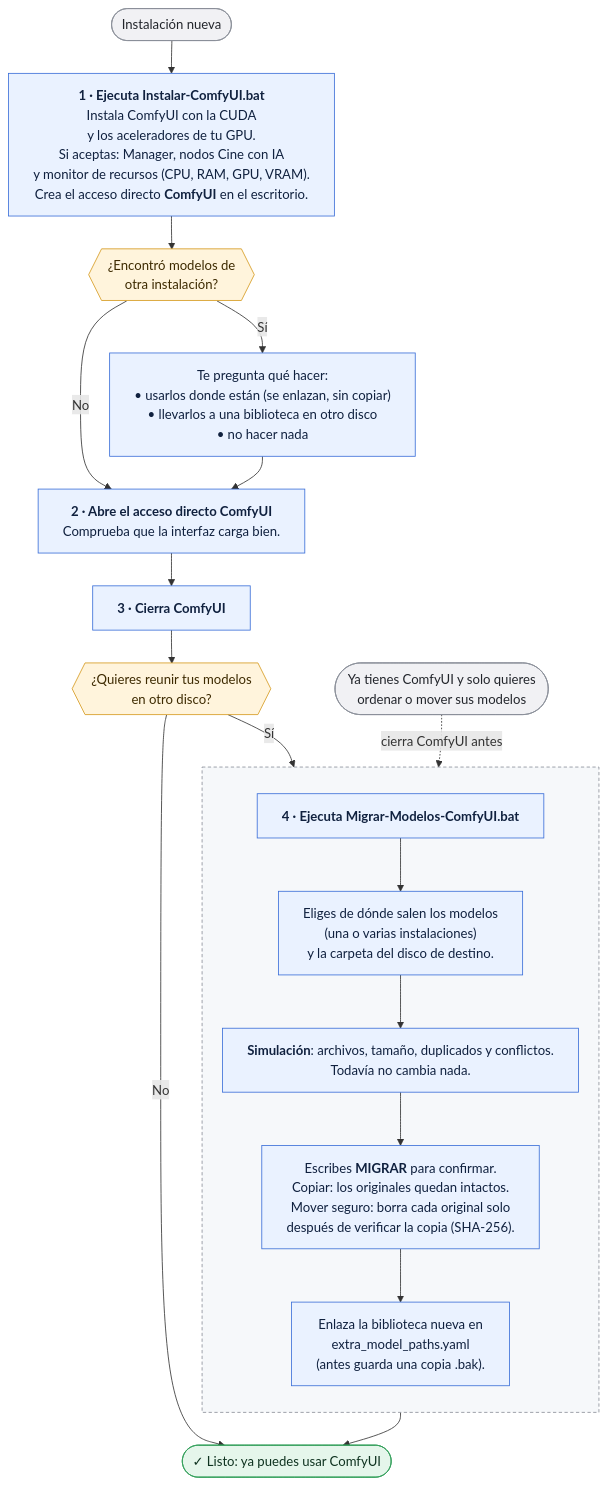
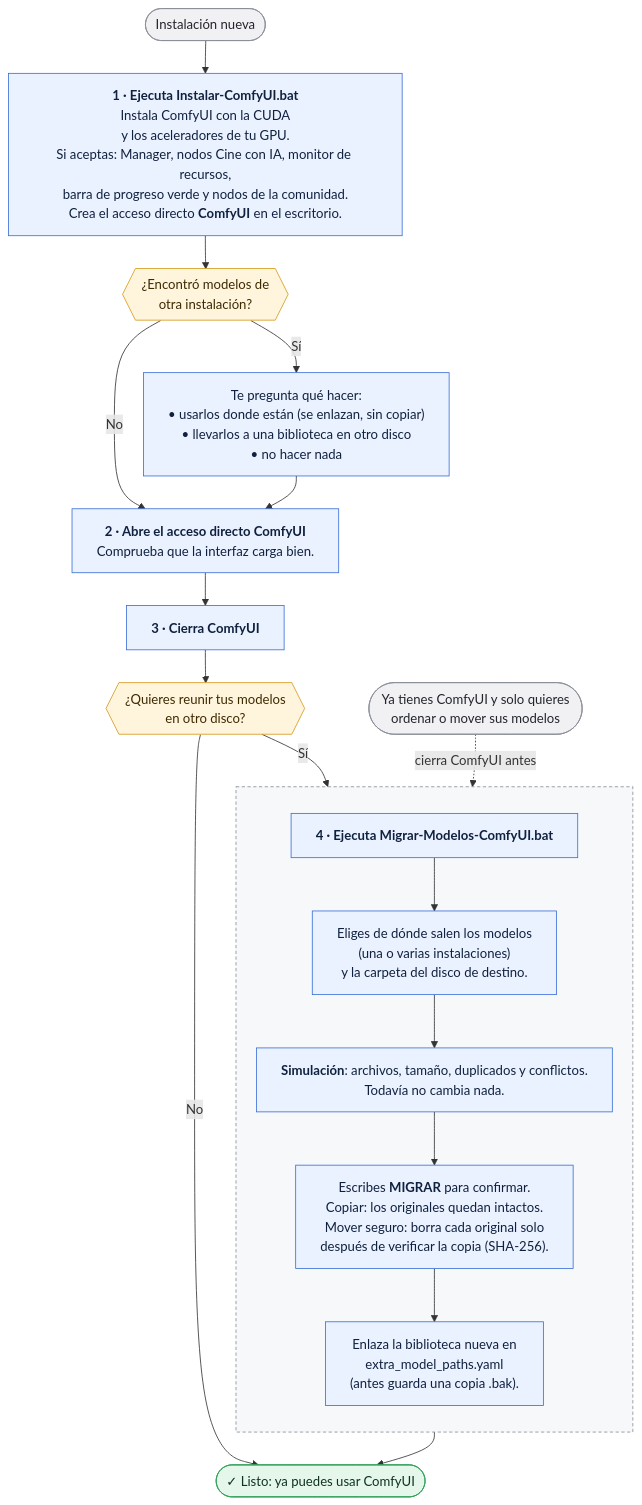
One commit to chaLords/CineConIA-Installer changed the diagram in README.md. Above: the diagram before and after it, drawn with Mermaid. The commit also changed other lines of this file and 6 other files, not shown here.

First line of the commit message:
feat: extras de interfaz y nodos de la comunidad (v2.4.0)

````diff
--- a/README.md
+++ b/README.md
@@ -78,39 +82,39 @@
 ```mermaid
 %%{init: {"flowchart": {"wrappingWidth": 420, "nodeSpacing": 30, "rankSpacing": 40}}}%%
 flowchart TD
     nuevo(["Instalación nueva"])
     existente(["Ya tienes ComfyUI y solo quieres<br/>ordenar o mover sus modelos"])
 
-    nuevo --> p1["<b>1 · Ejecuta Instalar-ComfyUI.bat</b><br/>Instala ComfyUI con la CUDA<br/>y los aceleradores de tu GPU.<br/>Si aceptas: Manager, nodos Cine con IA<br/>y monitor de recursos (CPU, RAM, GPU, VRAM).<br/>Crea el acceso directo <b>ComfyUI</b> en el escritorio."]
+    nuevo --> p1["<b>1 · Ejecuta Instalar-ComfyUI.bat</b><br/>Instala ComfyUI con la CUDA<br/>y los aceleradores de tu GPU.<br/>Si aceptas: Manager, nodos Cine con IA, monitor de recursos,<br/>barra de progreso verde y nodos de la comunidad.<br/>Crea el acceso directo <b>ComfyUI</b> en el escritorio."]
     p1 --> hay{{"¿Encontró modelos de<br/>otra instalación?"}}
     hay -- "No" --> p2
     hay -- "Sí" --> elige["Te pregunta qué hacer:<br/>• usarlos donde están (se enlazan, sin copiar)<br/>• llevarlos a una biblioteca en otro disco<br/>• no hacer nada"]
     elige --> p2["<b>2 · Abre el acceso directo ComfyUI</b><br/>Comprueba que la interfaz carga bien."]
     p2 --> p3["<b>3 · Cierra ComfyUI</b>"]
     p3 --> reunir{{"¿Quieres reunir tus modelos<br/>en otro disco?"}}
     reunir -- "No" --> listo(["✓ Listo: ya puedes usar ComfyUI"])
     reunir -- "Sí" --> m0
 
     existente -. "cierra ComfyUI antes" .-> m0
 
     subgraph migrar [" "]
         direction TB
         m0["<b>4 · Ejecuta Migrar-Modelos-ComfyUI.bat</b>"]
         m0 --> m1["Eliges de dónde salen los modelos<br/>(una o varias instalaciones)<br/>y la carpeta del disco de destino."]
         m1 --> m2["<b>Simulación</b>: archivos, tamaño, duplicados y conflictos.<br/>Todavía no cambia nada."]
         m2 --> m3["Escribes <b>MIGRAR</b> para confirmar.<br/>Copiar: los originales quedan intactos.<br/>Mover seguro: borra cada original solo<br/>después de verificar la copia (SHA-256)."]
         m3 --> m4["Enlaza la biblioteca nueva en<br/>extra_model_paths.yaml<br/>(antes guarda una copia .bak)."]
     end
 
     m4 --> listo
 
     classDef paso fill:#eaf2ff,stroke:#3b6fd8,color:#10213f
     classDef pregunta fill:#fff4dc,stroke:#d69a1e,color:#3d2a00
     classDef fin fill:#e5f6eb,stroke:#2f9e57,color:#0f3320
     classDef entrada fill:#f1f1f4,stroke:#8a8f99,color:#22252b
     class p1,p2,p3,elige,m0,m1,m2,m3,m4 paso
     class hay,reunir pregunta
     class listo fin
     class nuevo,existente entrada
     style migrar fill:#f6f8fa,stroke:#8a8f99,stroke-dasharray:4 3
 ```
````
